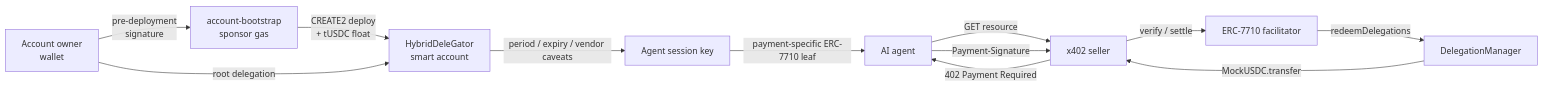
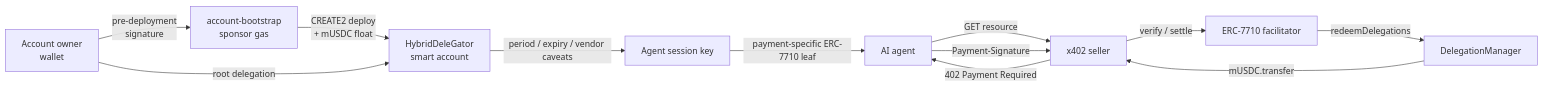
The diagram in README.ko.md (kooroot/Mapae), drawn with Mermaid before and after one commit. The commit also changed other lines of this file and 2 other files, not shown here.

````diff
--- a/README.ko.md
+++ b/README.ko.md
@@ -48,14 +48,14 @@
 ```mermaid
 flowchart LR
     Owner["Account owner<br/>wallet"] -->|"pre-deployment<br/>signature"| Bootstrap["account-bootstrap<br/>sponsor gas"]
-    Bootstrap -->|"CREATE2 deploy<br/>+ tUSDC float"| Account["HybridDeleGator<br/>smart account"]
+    Bootstrap -->|"CREATE2 deploy<br/>+ mUSDC float"| Account["HybridDeleGator<br/>smart account"]
     Owner -->|"root delegation"| Account
     Account -->|"period / expiry / vendor caveats"| Session["Agent session key"]
     Session -->|"payment-specific ERC-7710 leaf"| Agent["AI agent"]
     Agent -->|"GET resource"| Seller["x402 seller"]
     Seller -->|"402 Payment Required"| Agent
     Agent -->|"Payment-Signature"| Seller
     Seller -->|"verify / settle"| Facilitator["ERC-7710 facilitator"]
     Facilitator -->|"redeemDelegations"| Manager["DelegationManager"]
-    Manager -->|"MockUSDC.transfer"| Seller
+    Manager -->|"mUSDC.transfer"| Seller
 ```
````
